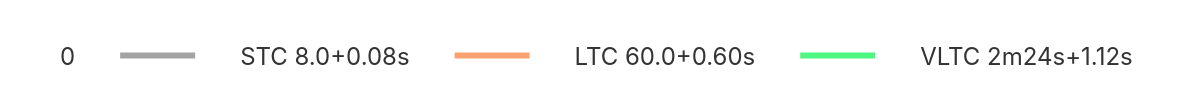
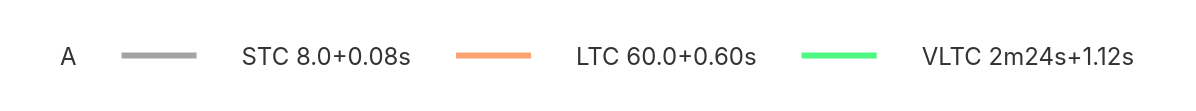
The second of 3 diagrams in engines/Kreveta.md (computer-chess-index/cci), drawn with Mermaid before and after one commit. The commit also changed other lines of this file, not shown here.

Commit message:
Update CCI Ratings (ELO VLTC) - 2026-05-17

````diff
--- a/engines/Kreveta.md
+++ b/engines/Kreveta.md
@@ -54,14 +54,14 @@
 ```mermaid
 %%{init: {"theme":"base"}}%%
 flowchart LR
-0 --- A[STC 8.0+0.08s]
-A --- B[LTC 60.0+0.60s]
-B --- C[VLTC 2m24s+1.12s]
+A --- B[STC 8.0+0.08s]
+B --- C[LTC 60.0+0.60s]
+C --- D[VLTC 2m24s+1.12s]
 linkStyle 0 stroke:#a3a3a3,stroke-width:4px
 linkStyle 1 stroke:#faa371,stroke-width:4px
 linkStyle 2 stroke:#4ef781,stroke-width:4px
-style 0 fill:none,stroke:none
 style A fill:none,stroke:none
 style B fill:none,stroke:none
 style C fill:none,stroke:none
+style D fill:none,stroke:none
 ```
````
